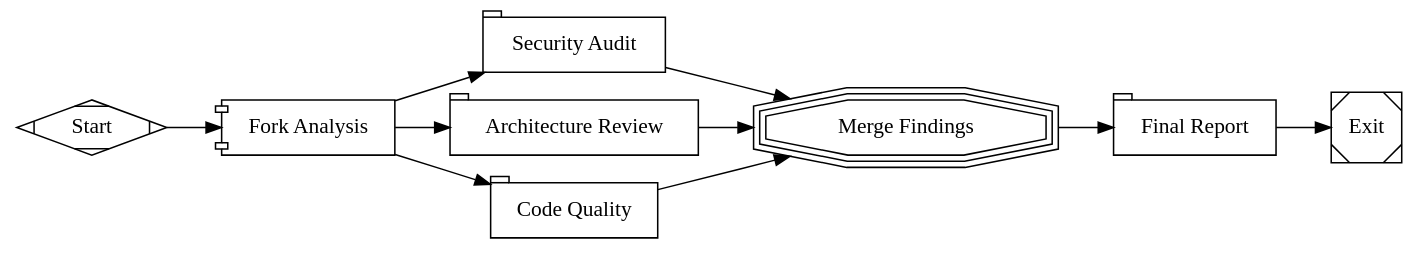
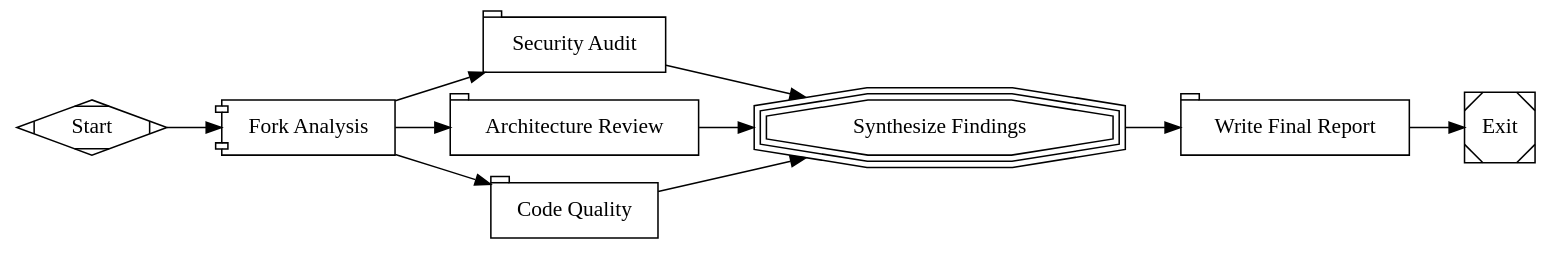
One commit to nickmeehan/ichiba changed the first of 5 diagrams in plugins/fabro/fabro-docs/tutorials/parallel-review.md. Above: the diagram before and after it, drawn with Graphviz. The commit also changed other lines of this file and 155 other files, not shown here.

````diff
--- a/plugins/fabro/fabro-docs/tutorials/parallel-review.md
+++ b/plugins/fabro/fabro-docs/tutorials/parallel-review.md
@@ -17,27 +17,27 @@
 ```dot title="parallel.fabro" theme={"languages":{"custom":["/languages/dot.json","/languages/fabro.json"]}}
 digraph Parallel {
     graph [goal="Perform a multi-perspective code review"]
     rankdir=LR
 
     start [shape=Mdiamond, label="Start"]
     exit  [shape=Msquare, label="Exit"]
 
-    fork [label="Fork Analysis", shape=component, join_policy="wait_all"]
+    fork [label="Fork Analysis", shape=component]
 
     security     [label="Security Audit", prompt="Examine the codebase for security concerns: hardcoded secrets, injection risks, unsafe dependencies. List findings as bullet points.", shape=tab, reasoning_effort="low"]
     architecture [label="Architecture Review", prompt="Assess the codebase architecture: separation of concerns, dependency structure, modularity. List findings as bullet points.", shape=tab, reasoning_effort="low"]
     quality      [label="Code Quality", prompt="Check code quality: naming conventions, dead code, test coverage gaps, error handling. List findings as bullet points.", shape=tab, reasoning_effort="low"]
 
-    merge  [label="Merge Findings", shape=tripleoctagon]
-    report [label="Final Report", prompt="Synthesize the security, architecture, and code quality findings into a prioritized summary report with top 5 action items.", shape=tab]
+    merge  [label="Synthesize Findings", shape=tripleoctagon, prompt="Synthesize every branch result into a prioritized summary report with the top 5 action items."]
+    report [label="Write Final Report", prompt="Write the synthesized review as a clear final report.", shape=tab]
 
     start -> fork
     fork -> security
     fork -> architecture
     fork -> quality
     security -> merge
     architecture -> merge
     quality -> merge
     merge -> report -> exit
 }
 ```
````
